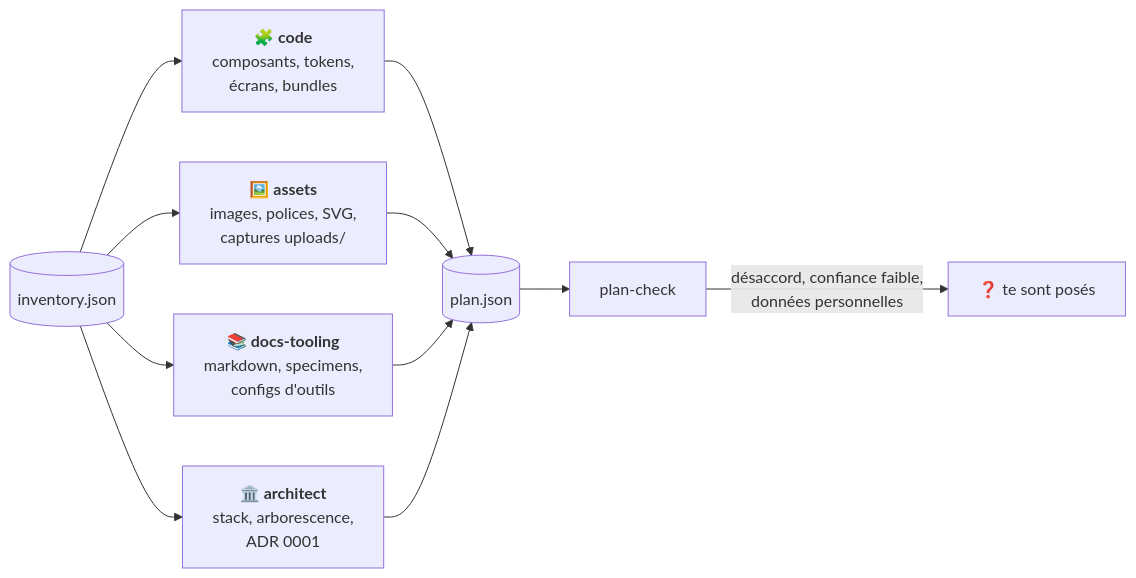
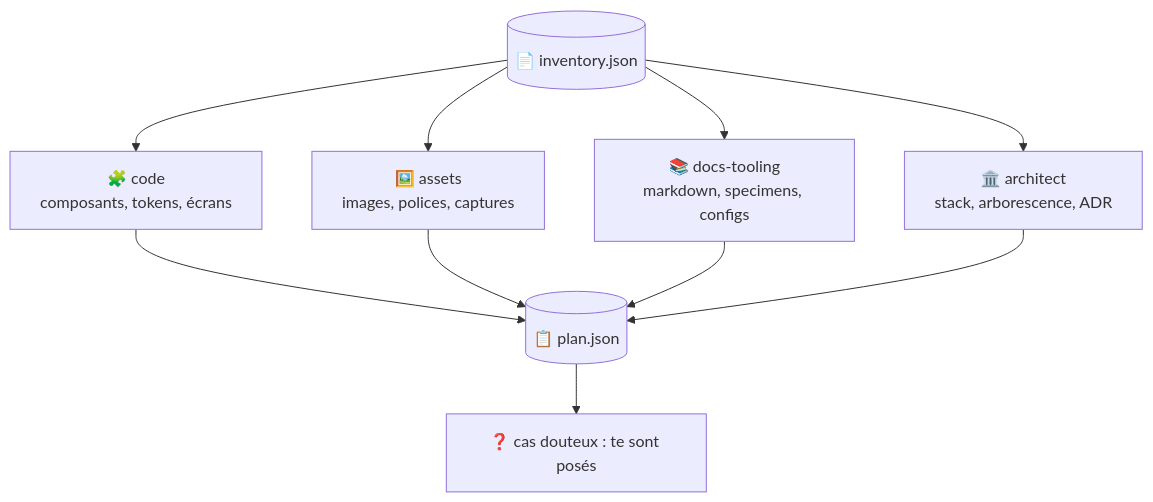
Before and after one commit to duckysface/design-to-dev: the third of 4 diagrams in README.md, drawn with Mermaid. The commit also changed other lines of this file, not shown here.

````diff
--- a/README.md
+++ b/README.md
@@ -114,13 +114,10 @@
 ```mermaid
-flowchart LR
-    INV[("inventory.json")] --> CODE & ASSETS & DOCS & ARCH
-
-    CODE["🧩 <b>code</b><br/>composants, tokens,<br/>écrans, bundles"]
-    ASSETS["🖼️ <b>assets</b><br/>images, polices, SVG,<br/>captures uploads/"]
-    DOCS["📚 <b>docs-tooling</b><br/>markdown, specimens,<br/>configs d'outils"]
-    ARCH["🏛️ <b>architect</b><br/>stack, arborescence,<br/>ADR 0001"]
-
-    CODE & ASSETS & DOCS & ARCH --> PLAN[("plan.json")]
-    PLAN --> CHECK["plan-check"]
-    CHECK -- "désaccord, confiance faible,<br/>données personnelles" --> REVIEW["❓ te sont posés"]
+flowchart TB
+    INV[("📄 inventory.json")]
+    INV --> CODE["🧩 code<br/>composants, tokens, écrans"]
+    INV --> ASSETS["🖼️ assets<br/>images, polices, captures"]
+    INV --> DOCS["📚 docs-tooling<br/>markdown, specimens, configs"]
+    INV --> ARCH["🏛️ architect<br/>stack, arborescence, ADR"]
+    CODE & ASSETS & DOCS & ARCH --> PLAN[("📋 plan.json")]
+    PLAN --> REVIEW["❓ cas douteux : te sont posés"]
 ```
````
